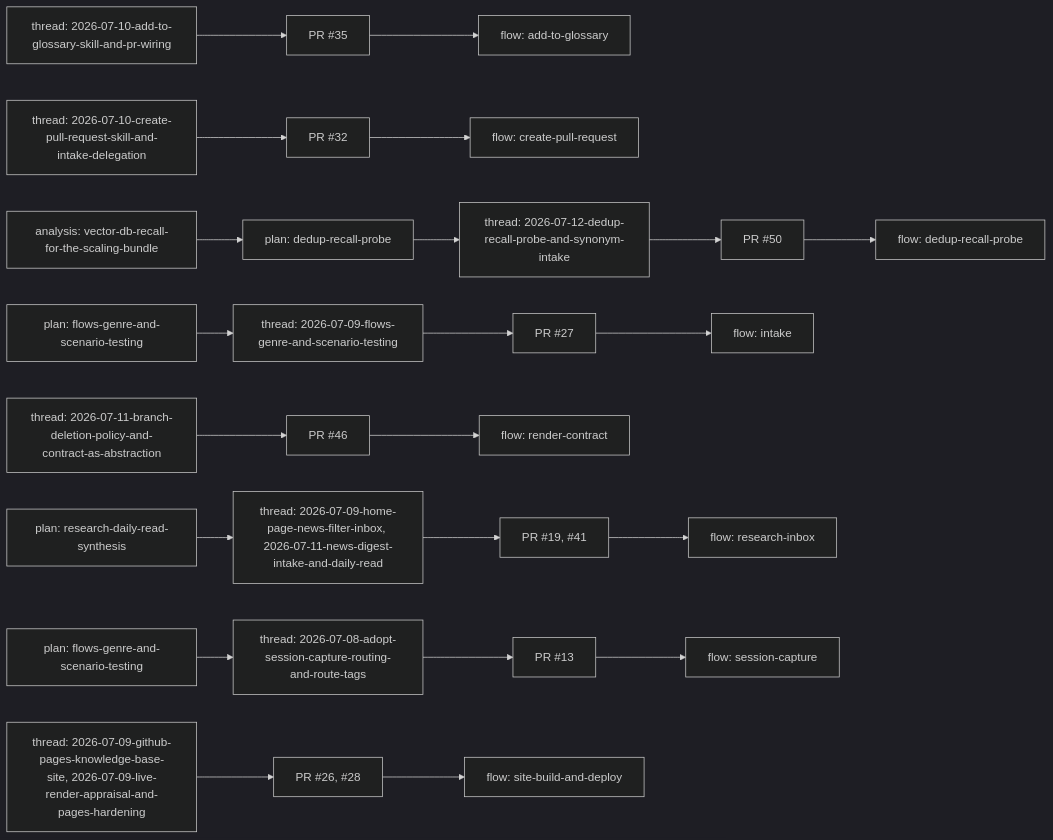
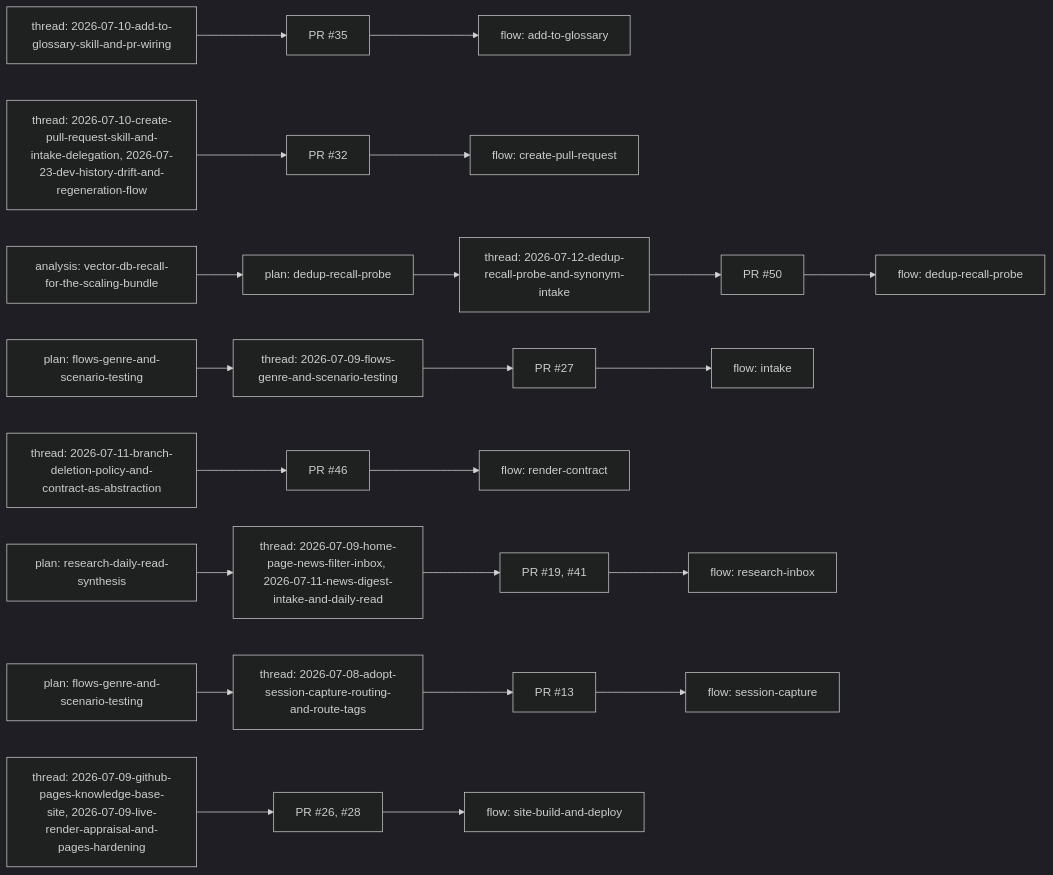
The diagram in meta/flows/lineage.md (ob6to8/second-brain), drawn with Mermaid (dark theme) before and after one commit. The commit also changed other lines of this file and 11 other files, not shown here.

First line of the commit message:
capture: dev-history drift and regeneration-flow session

````diff
--- a/meta/flows/lineage.md
+++ b/meta/flows/lineage.md
@@ -21,53 +21,53 @@
 ```mermaid
 flowchart LR
   f0t["thread: 2026-07-10-add-to-glossary-skill-and-pr-wiring"]
   f0r["PR #35"]
   f0f["flow: add-to-glossary"]
   f0t --> f0r
   f0r --> f0f
-  f1t["thread: 2026-07-10-create-pull-request-skill-and-intake-delegation"]
+  f1t["thread: 2026-07-10-create-pull-request-skill-and-intake-delegation, 2026-07-23-dev-history-drift-and-regeneration-flow"]
   f1r["PR #32"]
   f1f["flow: create-pull-request"]
   f1t --> f1r
   f1r --> f1f
   f2a["analysis: vector-db-recall-for-the-scaling-bundle"]
   f2p["plan: dedup-recall-probe"]
   f2t["thread: 2026-07-12-dedup-recall-probe-and-synonym-intake"]
   f2r["PR #50"]
   f2f["flow: dedup-recall-probe"]
   f2a --> f2p
   f2p --> f2t
   f2t --> f2r
   f2r --> f2f
   f3p["plan: flows-genre-and-scenario-testing"]
   f3t["thread: 2026-07-09-flows-genre-and-scenario-testing"]
   f3r["PR #27"]
   f3f["flow: intake"]
   f3p --> f3t
   f3t --> f3r
   f3r --> f3f
   f4t["thread: 2026-07-11-branch-deletion-policy-and-contract-as-abstraction"]
   f4r["PR #46"]
   f4f["flow: render-contract"]
   f4t --> f4r
   f4r --> f4f
   f5p["plan: research-daily-read-synthesis"]
   f5t["thread: 2026-07-09-home-page-news-filter-inbox, 2026-07-11-news-digest-intake-and-daily-read"]
   f5r["PR #19, #41"]
   f5f["flow: research-inbox"]
   f5p --> f5t
   f5t --> f5r
   f5r --> f5f
   f6p["plan: flows-genre-and-scenario-testing"]
   f6t["thread: 2026-07-08-adopt-session-capture-routing-and-route-tags"]
   f6r["PR #13"]
   f6f["flow: session-capture"]
   f6p --> f6t
   f6t --> f6r
   f6r --> f6f
   f7t["thread: 2026-07-09-github-pages-knowledge-base-site, 2026-07-09-live-render-appraisal-and-pages-hardening"]
   f7r["PR #26, #28"]
   f7f["flow: site-build-and-deploy"]
   f7t --> f7r
   f7r --> f7f
 ```
````
